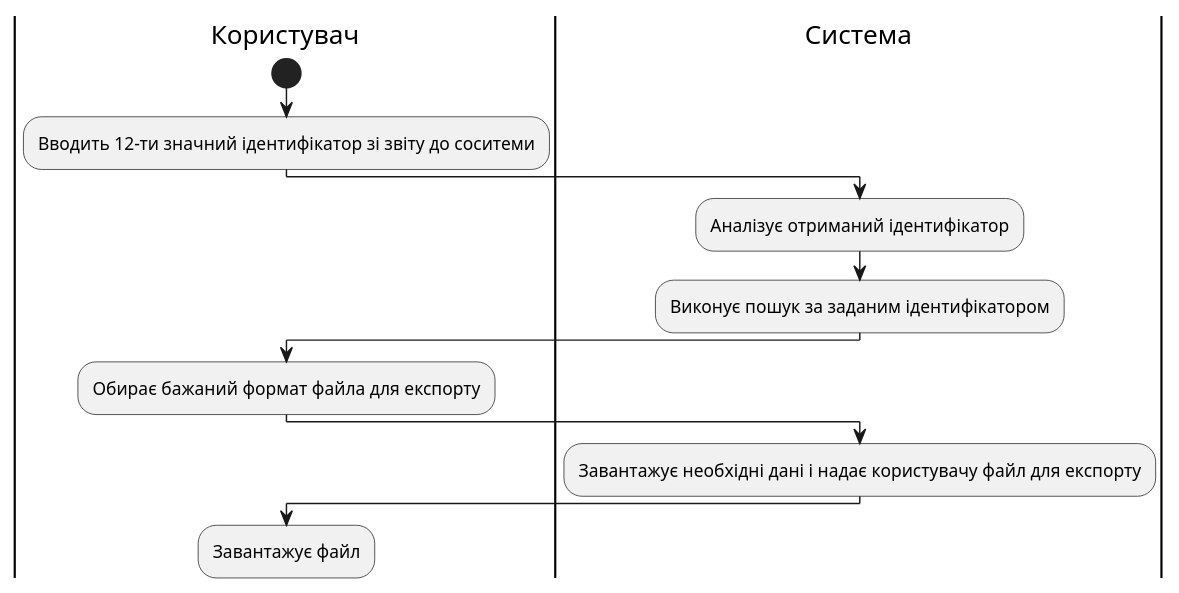
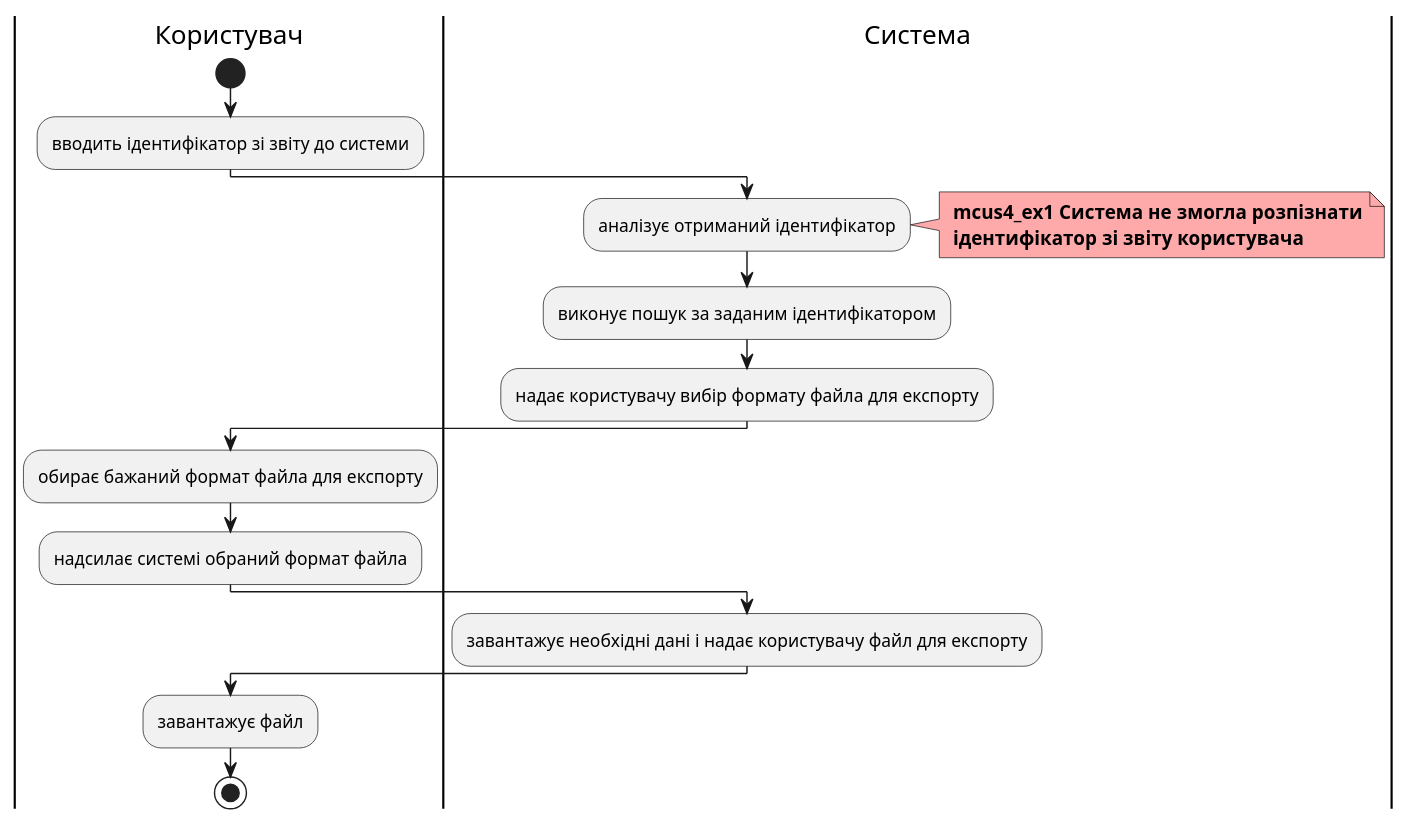
Before and after one commit to ukioxz/media-content-analyzing-system: the fifth of 9 diagrams in docs/use cases/README.md, drawn with PlantUML. The commit also changed other lines of this file and 2 other files, not shown here.

```diff
--- a/docs/use cases/README.md
+++ b/docs/use cases/README.md
@@ -306,27 +145,23 @@
 @startuml
-
+  
 |Користувач|
-
 start
-
-:Вводить 12-ти значний ідентифікатор зі звіту до соситеми;
-
-|#AntiqueWhite|Система
-
-:Аналізує отриманий ідентифікатор;
-
-:Виконує пошук за заданим ідентифікатором;
-
+:вводить ідентифікатор зі звіту до системи;
+|Система|
+:аналізує отриманий ідентифікатор;
+note right #ffaaaa
+<b> mcus4_ex1 Система не змогла розпізнати
+<b> ідентифікатор зі звіту користувача
+end note
+:виконує пошук за заданим ідентифікатором;
+:надає користувачу вибір формату файла для експорту;
+|Користувач| 
+:обирає бажаний формат файла для експорту;
+:надсилає системі обраний формат файла;
+|Система|
+:завантажує необхідні дані і надає користувачу файл для експорту;
 |Користувач|
-
-:Обирає бажаний формат файла для експорту;
-
-|#AntiqueWhite|Система
-
-:Завантажує необхідні дані і надає користувачу файл для експорту;
-
-|Користувач|
-
-:Завантажує файл;
+:завантажує файл;
+stop
 
 @enduml
```
